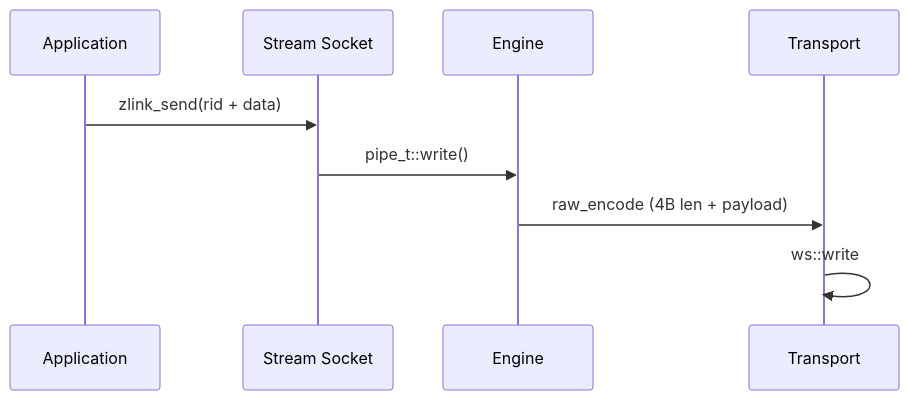
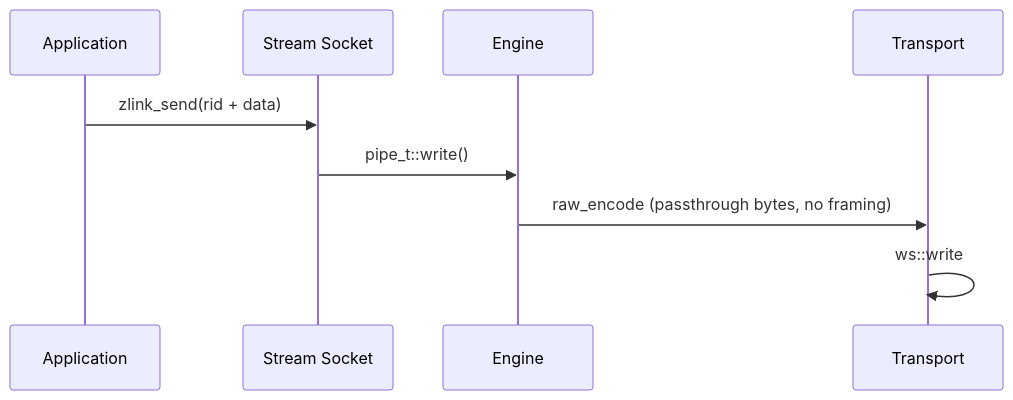
One commit to kairos-code-dev/zlink changed the diagram in doc/internals/stream-socket.md. Above: the diagram before and after it, drawn with Mermaid. The commit also changed other lines of this file and 163 other files, not shown here.

````diff
--- a/doc/internals/stream-socket.md
+++ b/doc/internals/stream-socket.md
@@ -24,12 +24,12 @@
 ```mermaid
 sequenceDiagram
     participant App as Application
     participant SS as Stream Socket
     participant Eng as Engine
     participant Tr as Transport
 
     App->>SS: zlink_send(rid + data)
     SS->>Eng: pipe_t::write()
-    Eng->>Tr: raw_encode (4B len + payload)
+    Eng->>Tr: raw_encode (passthrough bytes, no framing)
     Tr->>Tr: ws::write
 ```
````
